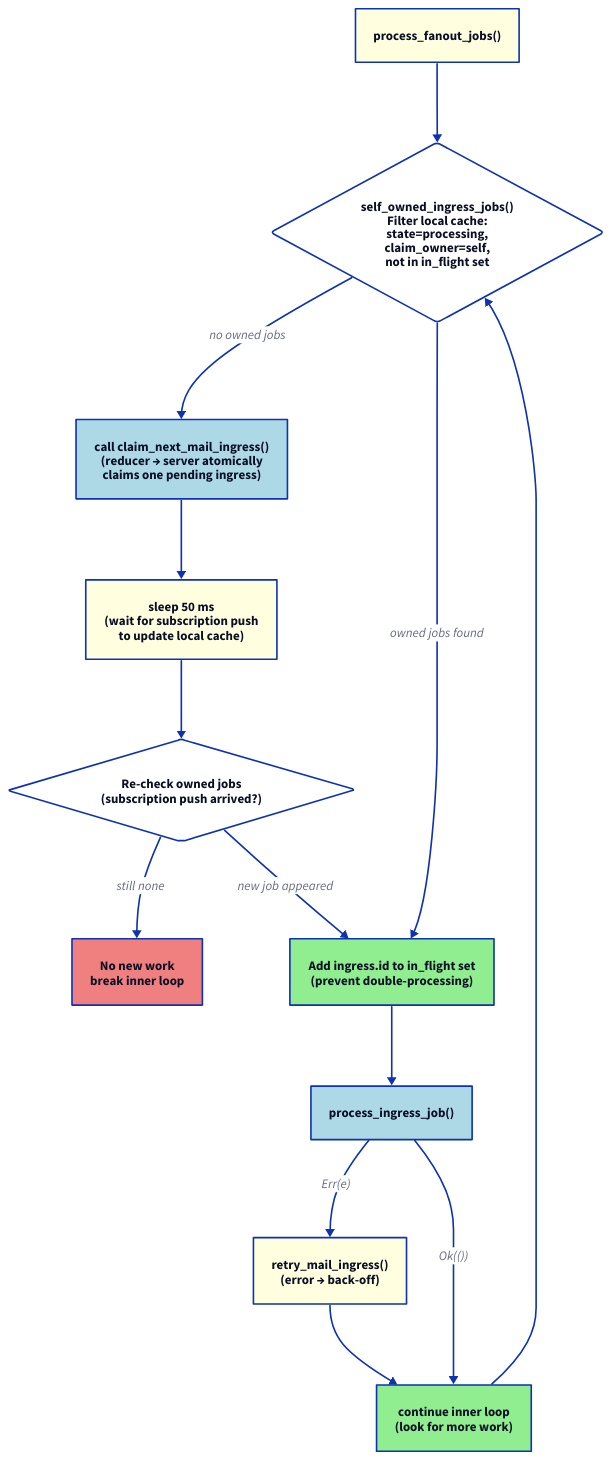
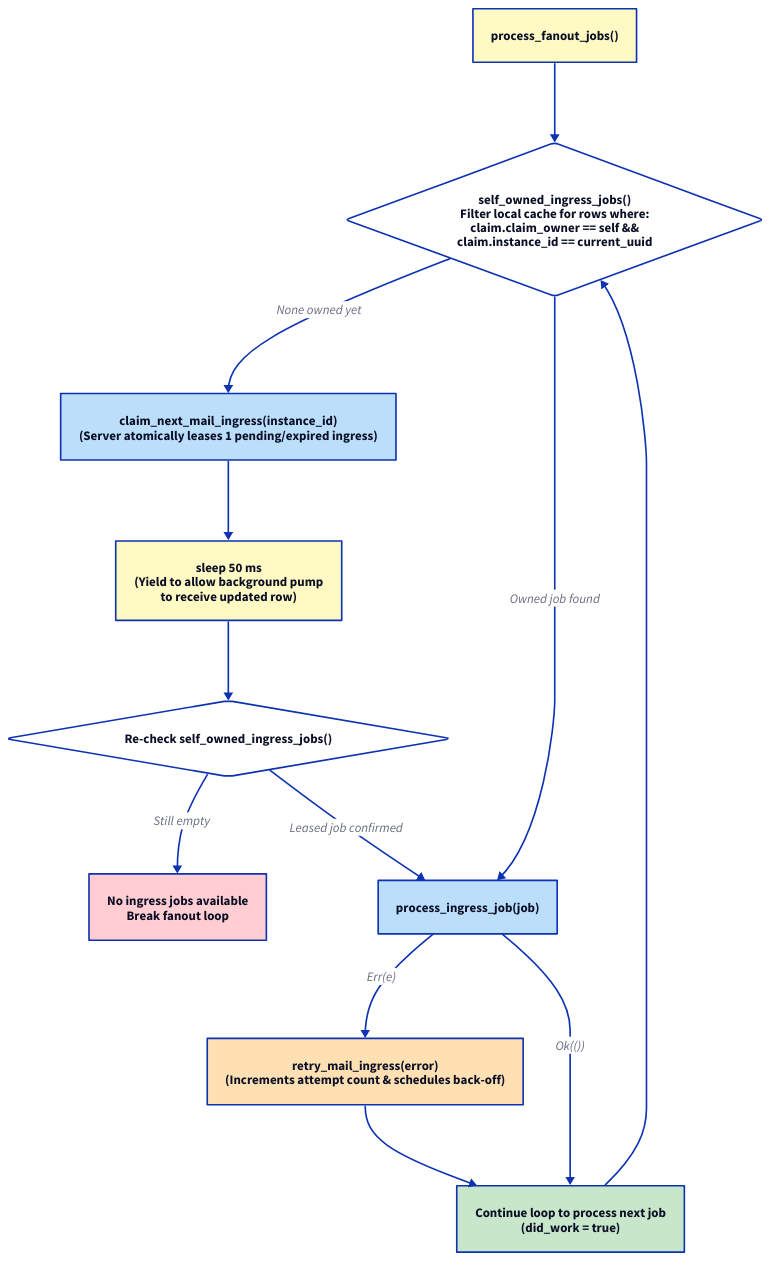
One commit to enaut/kommunikationszentrum changed the diagram in docs/src/core/sender/control-flow-fanout-jobs.d2. Above: the diagram before and after it, drawn with D2. The commit also changed 18 other files, not shown here.

```diff
--- a/docs/src/core/sender/control-flow-fanout-jobs.d2
+++ b/docs/src/core/sender/control-flow-fanout-jobs.d2
@@ -1,31 +1,29 @@
 direction: down
 
-entry: "process_fanout_jobs()" { style.fill: lightyellow }
-owned: "self_owned_ingress_jobs()\nFilter local cache:\nstate=processing,\nclaim_owner=self,\nnot in in_flight set" {
+entry: "process_fanout_jobs()" { style.fill: "#fff9c4" }
+owned: "self_owned_ingress_jobs()\nFilter local cache for rows where:\nclaim.claim_owner == self &&\nclaim.instance_id == current_uuid" {
   shape: diamond
-  style.fill: white
+  style.fill: "#ffffff"
 }
-claim: "call claim_next_mail_ingress()\n(reducer → server atomically\nclaims one pending ingress)" { style.fill: lightblue }
-wait50: "sleep 50 ms\n(wait for subscription push\nto update local cache)" { style.fill: lightyellow }
-recheck: "Re-check owned jobs\n(subscription push arrived?)" {
+claim: "claim_next_mail_ingress(instance_id)\n(Server atomically leases 1 pending/expired ingress)" { style.fill: "#bbdefb" }
+wait50: "sleep 50 ms\n(Yield to allow background pump\nto receive updated row)" { style.fill: "#fff9c4" }
+recheck: "Re-check self_owned_ingress_jobs()" {
   shape: diamond
-  style.fill: white
+  style.fill: "#ffffff"
 }
-none: "No new work\nbreak inner loop" { style.fill: lightcoral }
-mark: "Add ingress.id to in_flight set\n(prevent double-processing)" { style.fill: lightgreen }
-proc: "process_ingress_job()" { style.fill: lightblue }
-err: "retry_mail_ingress()\n(error → back-off)" { style.fill: lightyellow }
-cont: "continue inner loop\n(look for more work)" { style.fill: lightgreen }
+none: "No ingress jobs available\nBreak fanout loop" { style.fill: "#ffcdd2" }
+proc: "process_ingress_job(job)" { style.fill: "#bbdefb" }
+err: "retry_mail_ingress(error)\n(Increments attempt count & schedules back-off)" { style.fill: "#ffe0b2" }
+cont: "Continue loop to process next job\n(did_work = true)" { style.fill: "#c8e6c9" }
 
 entry -> owned
-owned -> claim: "no owned jobs"
-owned -> mark: "owned jobs found"
+owned -> claim: "None owned yet"
+owned -> proc: "Owned job found"
 claim -> wait50
 wait50 -> recheck
-recheck -> none: "still none"
-recheck -> mark: "new job appeared"
-mark -> proc
+recheck -> none: "Still empty"
+recheck -> proc: "Leased job confirmed"
 proc -> err: "Err(e)"
 proc -> cont: "Ok(())"
 err -> cont
 cont -> owned
```
